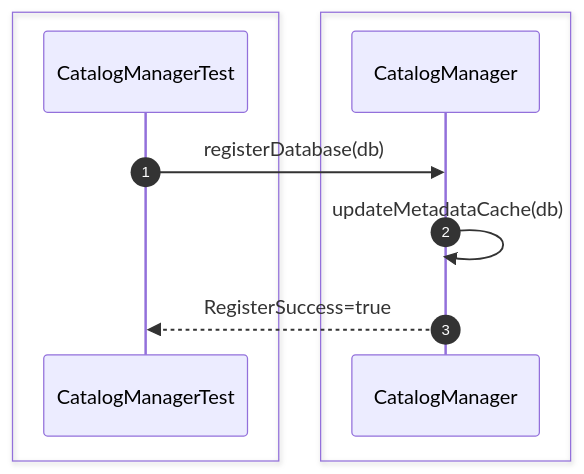
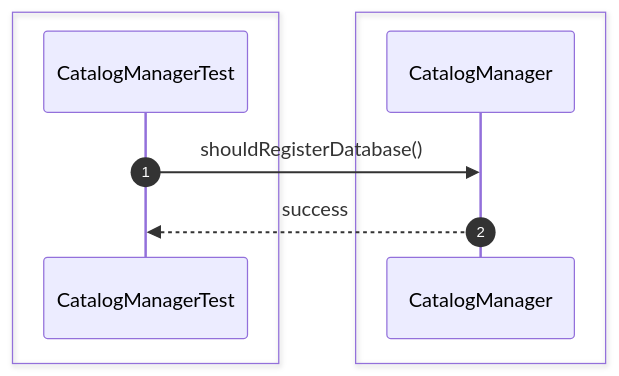
One commit to Huy1801214/dbms-architecture changed the first of 28 diagrams in src/sequence/catalog.md. Above: the diagram before and after it, drawn with Mermaid. The commit also changed other lines of this file and 68 other files, not shown here.

Commit message:
implement comprehensive unit test suite and architectural sequence documentation

````diff
--- a/src/sequence/catalog.md
+++ b/src/sequence/catalog.md
@@ -6,16 +6,13 @@
 ```mermaid
 sequenceDiagram
     autonumber
     box #e1f5fe Test Suite
     participant Test as CatalogManagerTest
     end
-    box #e8f5e9 Catalog Objects
-    participant Catalog as CatalogManager
+    box #e8f5e9 CatalogManager Component
+    participant CM as CatalogManager
     end
 
-    Test->>Catalog: registerDatabase(db)
-
-    Catalog->>Catalog: updateMetadataCache(db)
-
-    Catalog-->>Test: RegisterSuccess=true
+    Test->>CM: shouldRegisterDatabase()
+    CM-->>Test: success
 ```
````
